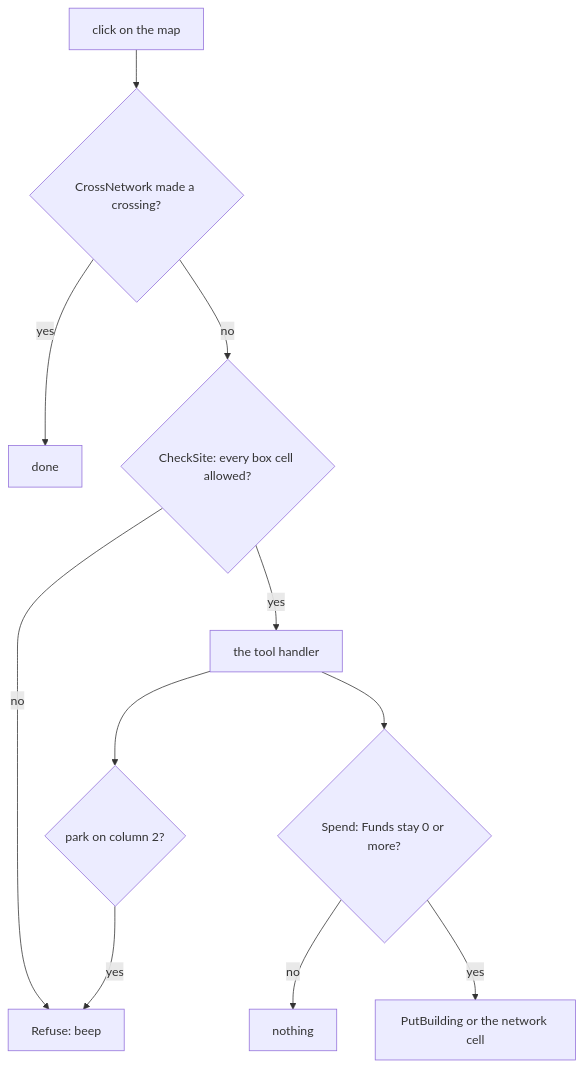
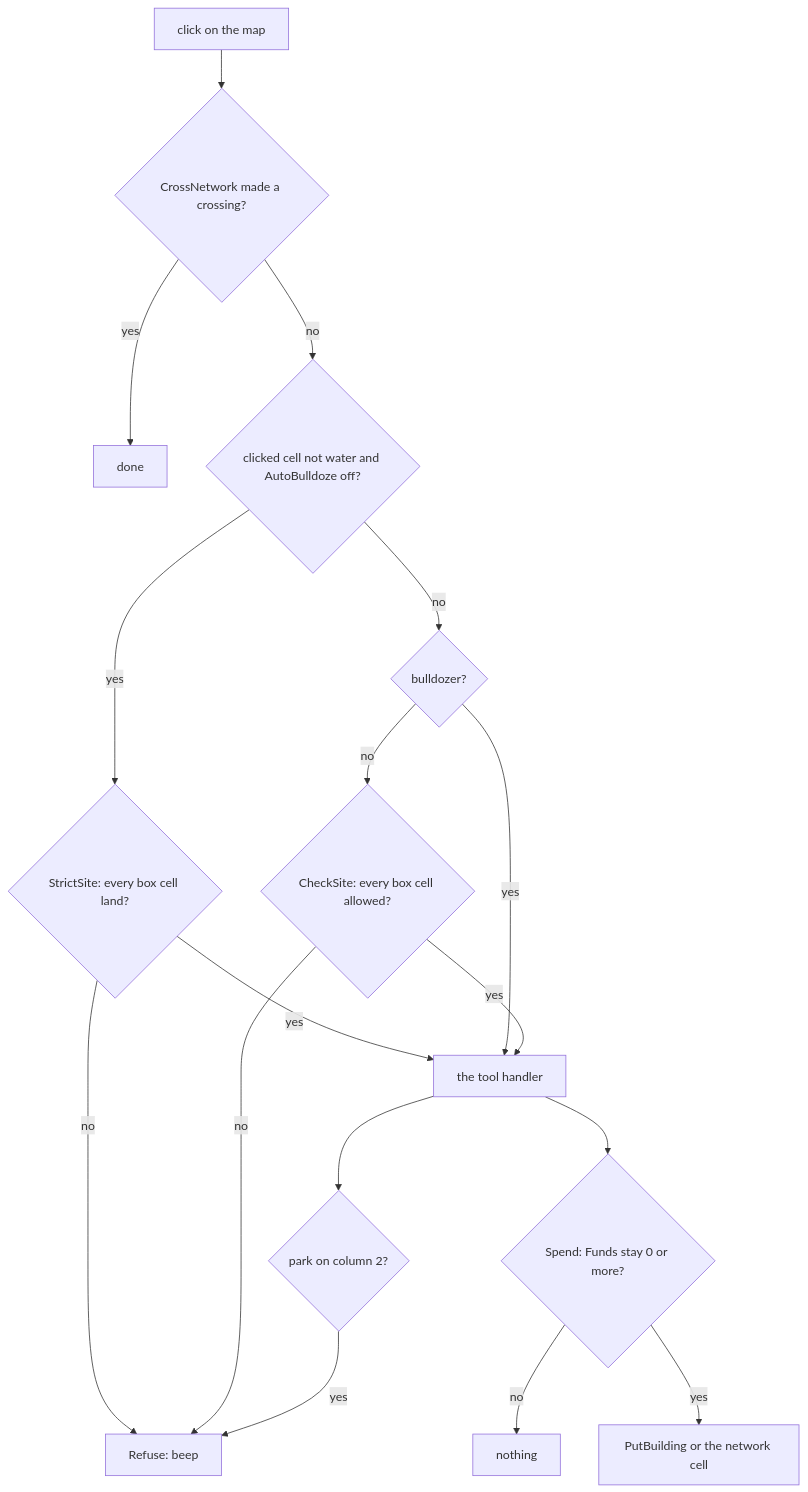
Diagram 15 of 15 in games/simcity/docs/10-gameplay-logic.md (alfishe/unrealng-reverse-cases), drawn with Mermaid before and after one commit. The commit also changed other lines of this file and 32 other files, not shown here.

````diff
--- a/games/simcity/docs/10-gameplay-logic.md
+++ b/games/simcity/docs/10-gameplay-logic.md
@@ -1142,13 +1227,19 @@
 ```mermaid
 flowchart TD
     CL[click on the map] --> CN{CrossNetwork made a crossing?}
     CN -- yes --> D[done]
-    CN -- no --> CS{CheckSite: every box cell allowed?}
-    CS -- no --> RF[Refuse: beep]
+    CN -- no --> AB{clicked cell not water and AutoBulldoze off?}
+    AB -- yes --> ST{StrictSite: every box cell land?}
+    ST -- no --> RF[Refuse: beep]
+    ST -- yes --> H
+    AB -- no --> BD{bulldozer?}
+    BD -- yes --> H
+    BD -- no --> CS{CheckSite: every box cell allowed?}
+    CS -- no --> RF
     CS -- yes --> H[the tool handler]
     H --> SP{Spend: Funds stay 0 or more?}
     SP -- no --> X[nothing]
     SP -- yes --> PUT[PutBuilding or the network cell]
     H --> PK{park on column 2?}
     PK -- yes --> RF
 ```
````
